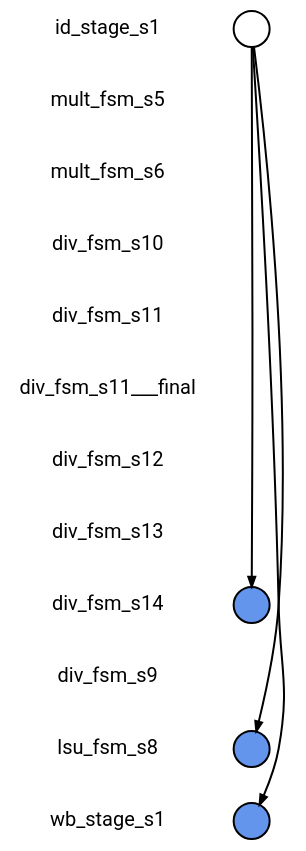
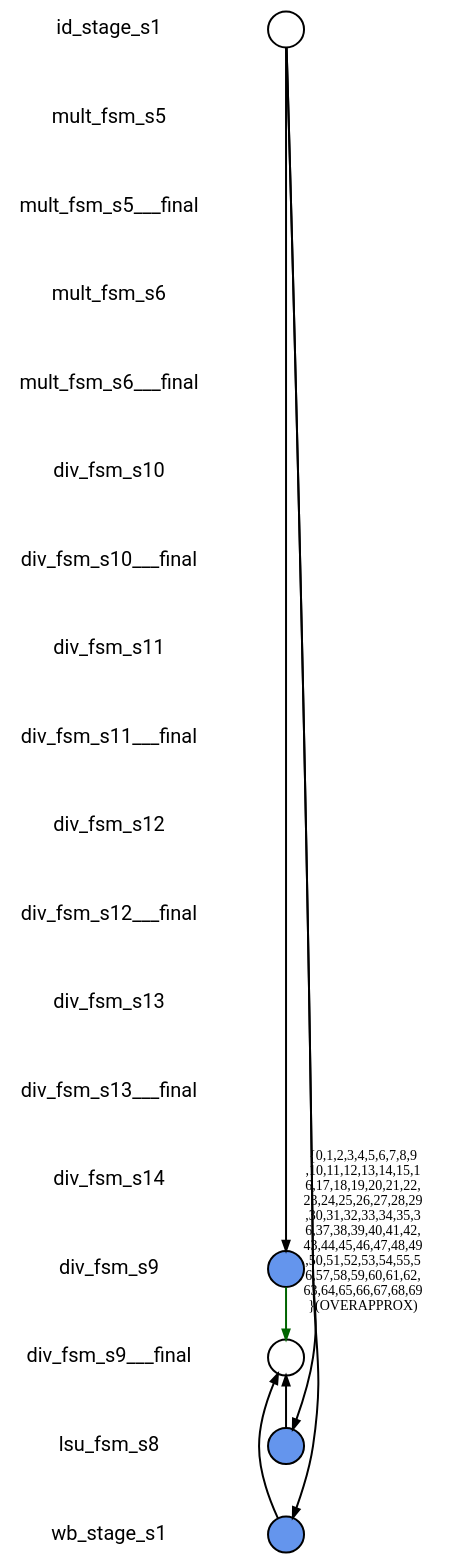
The diagram in fv/synthlc/i_MUL_out/xSummarize/nonisograph/com_3_0.dot (naomipark3/SynthLC), drawn with Graphviz before and after one commit. The commit also changed 12067 other files, not shown here.

```diff
--- a/fv/synthlc/i_MUL_out/xSummarize/nonisograph/com_3_0.dot
+++ b/fv/synthlc/i_MUL_out/xSummarize/nonisograph/com_3_0.dot
@@ -1,51 +1,82 @@
 
 digraph G {
     edge [penwidth=2];
     node [ shape=box, fontsize=20, penwidth=2, fontname="roboto"];
     esep=0.5;
     layout=neato;
     overlap=scale;
     splines=true;
 
 l_id_stage_s1 [label="id_stage_s1"; pos="0,-0!"; shape=none];
 
 l_mult_fsm_s5 [label="mult_fsm_s5"; pos="0,-1!"; shape=none];
 
-l_mult_fsm_s6 [label="mult_fsm_s6"; pos="0,-2!"; shape=none];
+l_mult_fsm_s5___final [label="mult_fsm_s5___final"; pos="0,-2!"; shape=none];
 
-l_div_fsm_s10 [label="div_fsm_s10"; pos="0,-3!"; shape=none];
+l_mult_fsm_s6 [label="mult_fsm_s6"; pos="0,-3!"; shape=none];
 
-l_div_fsm_s11 [label="div_fsm_s11"; pos="0,-4!"; shape=none];
+l_mult_fsm_s6___final [label="mult_fsm_s6___final"; pos="0,-4!"; shape=none];
 
-l_div_fsm_s11___final [label="div_fsm_s11___final"; pos="0,-5!"; shape=none];
+l_div_fsm_s10 [label="div_fsm_s10"; pos="0,-5!"; shape=none];
 
-l_div_fsm_s12 [label="div_fsm_s12"; pos="0,-6!"; shape=none];
+l_div_fsm_s10___final [label="div_fsm_s10___final"; pos="0,-6!"; shape=none];
 
-l_div_fsm_s13 [label="div_fsm_s13"; pos="0,-7!"; shape=none];
+l_div_fsm_s11 [label="div_fsm_s11"; pos="0,-7!"; shape=none];
 
-l_div_fsm_s14 [label="div_fsm_s14"; pos="0,-8!"; shape=none];
+l_div_fsm_s11___final [label="div_fsm_s11___final"; pos="0,-8!"; shape=none];
 
-l_div_fsm_s9 [label="div_fsm_s9"; pos="0,-9!"; shape=none];
+l_div_fsm_s12 [label="div_fsm_s12"; pos="0,-9!"; shape=none];
 
-l_lsu_fsm_s8 [label="lsu_fsm_s8"; pos="0,-10!"; shape=none];
+l_div_fsm_s12___final [label="div_fsm_s12___final"; pos="0,-10!"; shape=none];
 
-l_wb_stage_s1 [label="wb_stage_s1"; pos="0,-11!"; shape=none];
+l_div_fsm_s13 [label="div_fsm_s13"; pos="0,-11!"; shape=none];
+
+l_div_fsm_s13___final [label="div_fsm_s13___final"; pos="0,-12!"; shape=none];
+
+l_div_fsm_s14 [label="div_fsm_s14"; pos="0,-13!"; shape=none];
+
+l_div_fsm_s9 [label="div_fsm_s9"; pos="0,-14!"; shape=none];
+
+l_div_fsm_s9___final [label="div_fsm_s9___final"; pos="0,-15!"; shape=none];
+
+l_lsu_fsm_s8 [label="lsu_fsm_s8"; pos="0,-16!"; shape=none];
+
+l_wb_stage_s1 [label="wb_stage_s1"; pos="0,-17!"; shape=none];
 
 n_id_stage_s1 [label=""; pos="2,-0!"; shape=circle ]; 
 
 
-n_div_fsm_s14 [style=filled, color=black, fillcolor="#6495ED", label=""; pos="2,-8!"; shape=circle ]; 
+n_div_fsm_s9 [style=filled, color=black, fillcolor="#6495ED", label=""; pos="2,-14!"; shape=circle ]; 
 
 
-n_lsu_fsm_s8 [style=filled, color=black, fillcolor="#6495ED", label=""; pos="2,-10!"; shape=circle ]; 
+n_lsu_fsm_s8 [style=filled, color=black, fillcolor="#6495ED", label=""; pos="2,-16!"; shape=circle ]; 
 
 
-n_wb_stage_s1 [style=filled, color=black, fillcolor="#6495ED", label=""; pos="2,-11!"; shape=circle ]; 
+n_wb_stage_s1 [style=filled, color=black, fillcolor="#6495ED", label=""; pos="2,-17!"; shape=circle ]; 
 
 
-n_id_stage_s1 -> n_div_fsm_s14 [color="black"];
+n_div_fsm_s9___final [label=""; pos="2,-15!"; shape=circle ]; 
+
 
 n_id_stage_s1 -> n_lsu_fsm_s8 [color="black"];
 
+n_id_stage_s1 -> n_div_fsm_s9 [color="black"];
+
 n_id_stage_s1 -> n_wb_stage_s1 [color="black"];
+
+n_div_fsm_s9 -> n_div_fsm_s9___final [color="#006400", label="{0,1,2,3,4,5,6,7,8,9
+,10,11,12,13,14,15,1
+6,17,18,19,20,21,22,
+23,24,25,26,27,28,29
+,30,31,32,33,34,35,3
+6,37,38,39,40,41,42,
+43,44,45,46,47,48,49
+,50,51,52,53,54,55,5
+6,57,58,59,60,61,62,
+63,64,65,66,67,68,69
+}(OVERAPPROX)"];
+
+n_lsu_fsm_s8 -> n_div_fsm_s9___final [color="black"];
+
+n_wb_stage_s1 -> n_div_fsm_s9___final [color="black"];
 }
```
